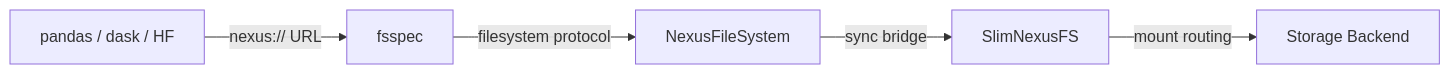
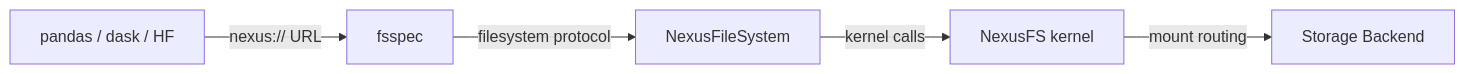
The diagram in packages/nexus-fs/docs/concepts/fsspec-internals.md (nexi-lab/nexus), drawn with Mermaid before and after one commit. The commit also changed other lines of this file and 20 other files, not shown here.

````diff
--- a/packages/nexus-fs/docs/concepts/fsspec-internals.md
+++ b/packages/nexus-fs/docs/concepts/fsspec-internals.md
@@ -21,7 +21,7 @@
 ```mermaid
 graph LR
     A[pandas / dask / HF] -->|nexus:// URL| B[fsspec]
     B -->|filesystem protocol| C[NexusFileSystem]
-    C -->|sync bridge| D[SlimNexusFS]
+    C -->|kernel calls| D[NexusFS kernel]
     D -->|mount routing| E[Storage Backend]
 ```
````
